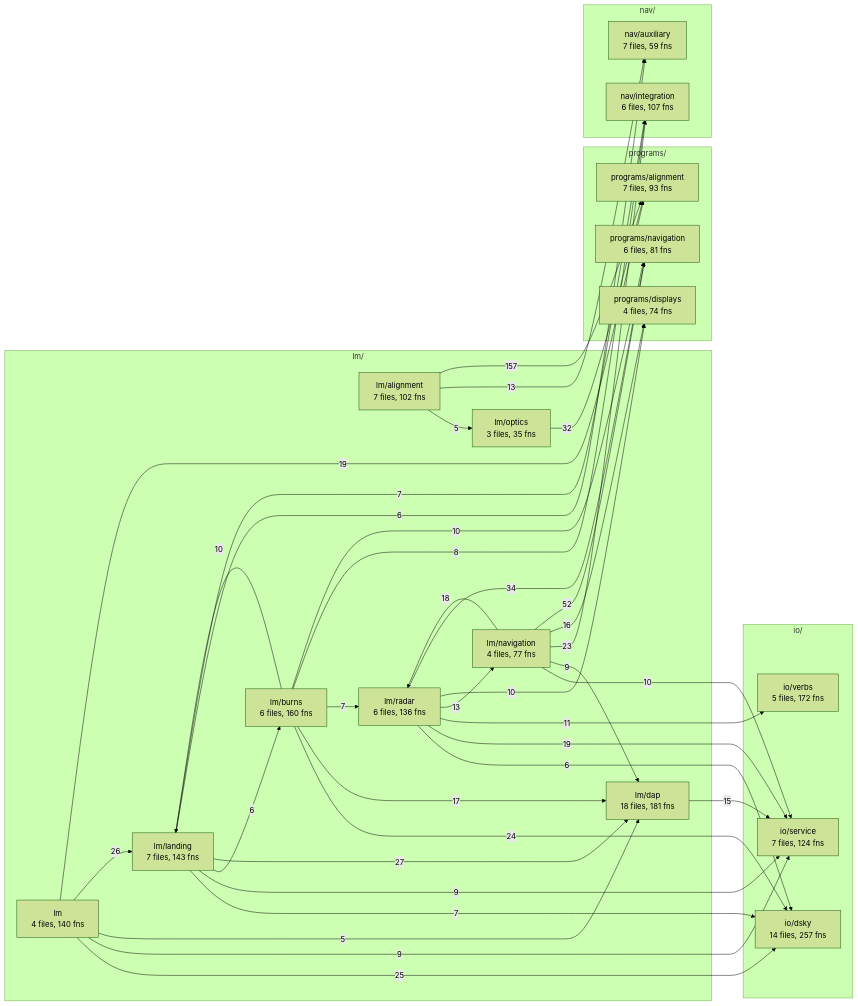
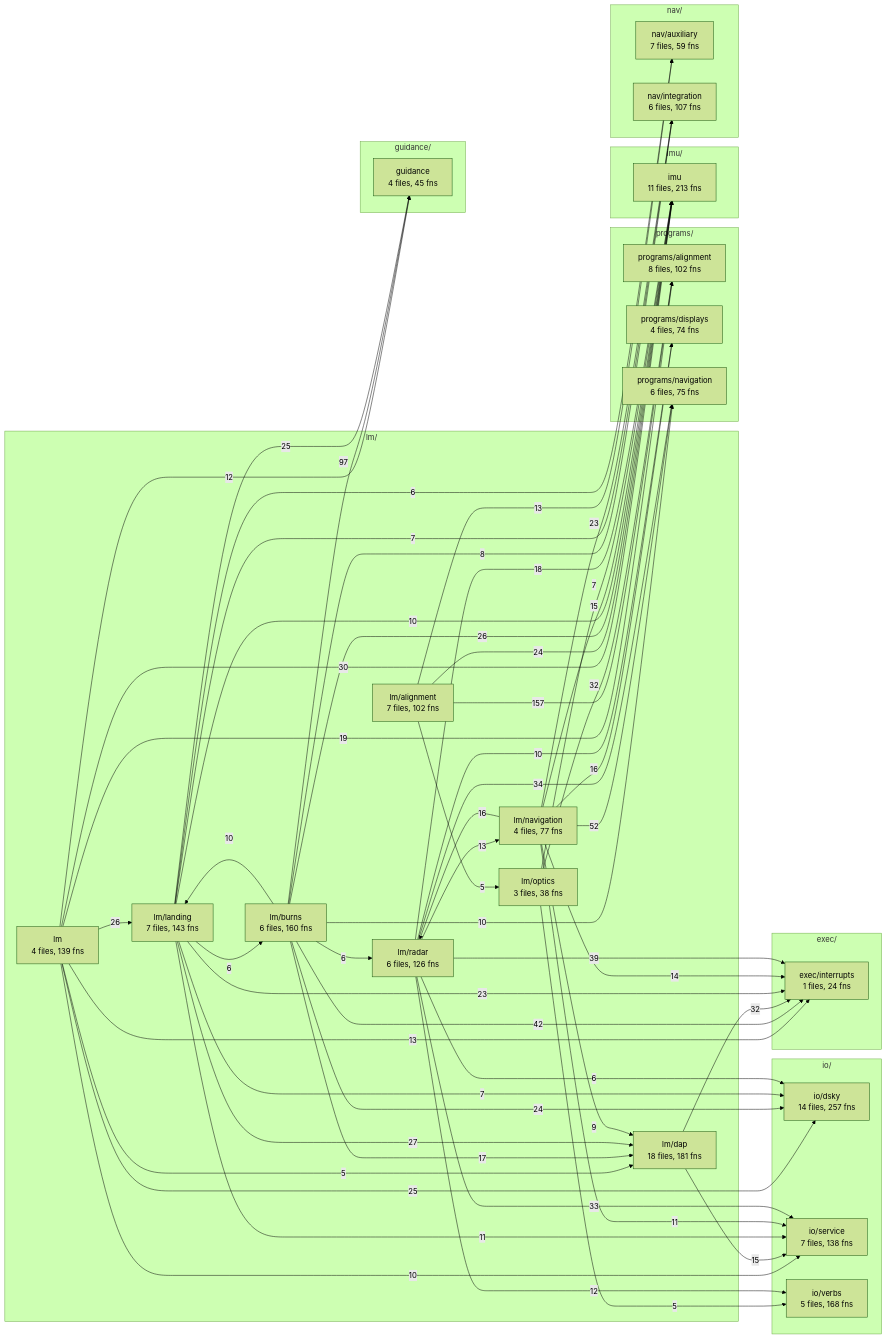
Before and after one commit to bobjoe400/apollo-c: the fourth of 5 diagrams in docs/overview/README.md, drawn with Mermaid (forest theme). The commit also changed other lines of this file and 68 other files, not shown here.

````diff
--- a/docs/overview/README.md
+++ b/docs/overview/README.md
@@ -461,60 +479,86 @@
 ```mermaid
 flowchart LR
     subgraph lm_layer["lm/"]
-        lm["lm<br/>4 files, 140 fns"]
+        lm["lm<br/>4 files, 139 fns"]
         lm_alignment["lm/alignment<br/>7 files, 102 fns"]
         lm_burns["lm/burns<br/>6 files, 160 fns"]
         lm_dap["lm/dap<br/>18 files, 181 fns"]
         lm_landing["lm/landing<br/>7 files, 143 fns"]
         lm_navigation["lm/navigation<br/>4 files, 77 fns"]
-        lm_optics["lm/optics<br/>3 files, 35 fns"]
-        lm_radar["lm/radar<br/>6 files, 136 fns"]
+        lm_optics["lm/optics<br/>3 files, 38 fns"]
+        lm_radar["lm/radar<br/>6 files, 126 fns"]
     end
     subgraph programs_layer["programs/"]
-        programs_alignment["programs/alignment<br/>7 files, 93 fns"]
+        programs_alignment["programs/alignment<br/>8 files, 102 fns"]
         programs_displays["programs/displays<br/>4 files, 74 fns"]
-        programs_navigation["programs/navigation<br/>6 files, 81 fns"]
+        programs_navigation["programs/navigation<br/>6 files, 75 fns"]
+    end
+    subgraph guidance_layer["guidance/"]
+        guidance["guidance<br/>4 files, 45 fns"]
     end
     subgraph io_layer["io/"]
         io_dsky["io/dsky<br/>14 files, 257 fns"]
-        io_service["io/service<br/>7 files, 124 fns"]
-        io_verbs["io/verbs<br/>5 files, 172 fns"]
+        io_service["io/service<br/>7 files, 138 fns"]
+        io_verbs["io/verbs<br/>5 files, 168 fns"]
+    end
+    subgraph imu_layer["imu/"]
+        imu["imu<br/>11 files, 213 fns"]
     end
     subgraph nav_layer["nav/"]
         nav_auxiliary["nav/auxiliary<br/>7 files, 59 fns"]
         nav_integration["nav/integration<br/>6 files, 107 fns"]
     end
+    subgraph exec_layer["exec/"]
+        exec_interrupts["exec/interrupts<br/>1 files, 24 fns"]
+    end
+    lm -->|13| exec_interrupts
+    lm -->|12| guidance
+    lm -->|30| imu
     lm -->|25| io_dsky
-    lm -->|9| io_service
+    lm -->|10| io_service
     lm -->|5| lm_dap
     lm -->|26| lm_landing
     lm -->|19| programs_alignment
+    lm_alignment -->|24| imu
     lm_alignment -->|5| lm_optics
     lm_alignment -->|13| nav_auxiliary
     lm_alignment -->|157| programs_alignment
+    lm_burns -->|42| exec_interrupts
+    lm_burns -->|97| guidance
+    lm_burns -->|26| imu
     lm_burns -->|24| io_dsky
     lm_burns -->|17| lm_dap
     lm_burns -->|10| lm_landing
-    lm_burns -->|7| lm_radar
+    lm_burns -->|6| lm_radar
     lm_burns -->|8| nav_integration
     lm_burns -->|10| programs_navigation
+    lm_dap -->|32| exec_interrupts
     lm_dap -->|15| io_service
+    lm_landing -->|23| exec_interrupts
+    lm_landing -->|25| guidance
+    lm_landing -->|10| imu
     lm_landing -->|7| io_dsky
-    lm_landing -->|9| io_service
+    lm_landing -->|11| io_service
     lm_landing -->|6| lm_burns
     lm_landing -->|27| lm_dap
     lm_landing -->|6| nav_auxiliary
     lm_landing -->|7| nav_integration
-    lm_navigation -->|10| io_service
+    lm_navigation -->|14| exec_interrupts
+    lm_navigation -->|15| imu
+    lm_navigation -->|11| io_service
     lm_navigation -->|9| lm_dap
-    lm_navigation -->|18| lm_radar
+    lm_navigation -->|16| lm_radar
     lm_navigation -->|23| nav_integration
     lm_navigation -->|16| programs_displays
     lm_navigation -->|52| programs_navigation
+    lm_optics -->|7| imu
+    lm_optics -->|5| io_verbs
     lm_optics -->|32| programs_alignment
+    lm_radar -->|39| exec_interrupts
+    lm_radar -->|18| imu
     lm_radar -->|6| io_dsky
-    lm_radar -->|19| io_service
-    lm_radar -->|11| io_verbs
+    lm_radar -->|33| io_service
+    lm_radar -->|12| io_verbs
     lm_radar -->|13| lm_navigation
     lm_radar -->|10| programs_displays
     lm_radar -->|34| programs_navigation
````
